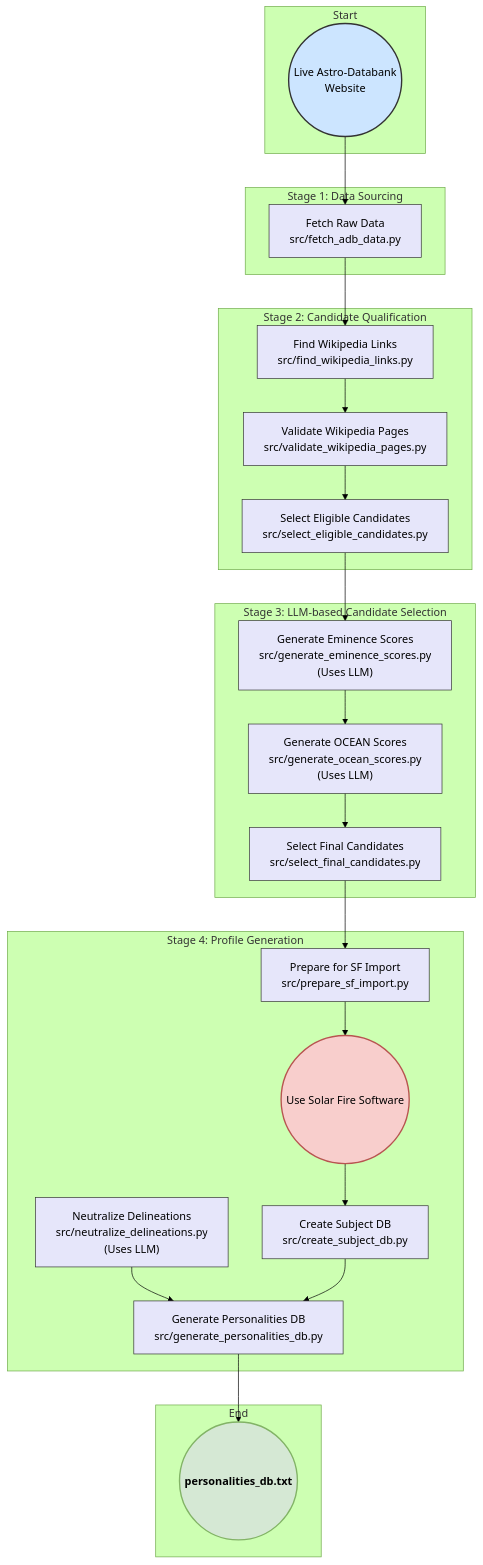
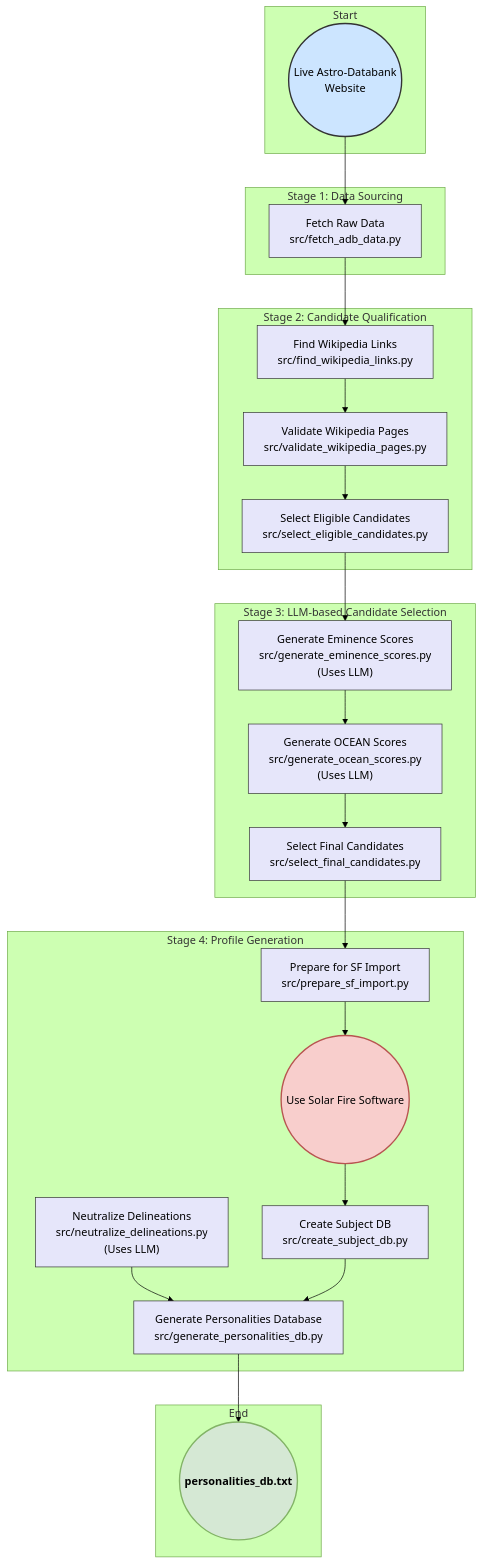
The diagram in docs/diagrams/flow_prep_pipeline.mmd (peterjmarko/llm-narrative-framework), drawn with Mermaid (forest theme) before and after one commit. The commit also changed 17 other files, not shown here.

```diff
--- a/docs/diagrams/flow_prep_pipeline.mmd
+++ b/docs/diagrams/flow_prep_pipeline.mmd
@@ -1,50 +1,50 @@
 graph TD
     classDef manualStyle fill:#f8cecc,stroke:#b85450,stroke-width:2px
     classDef sourceStyle fill:#cce5ff,stroke:#333,stroke-width:2px
     classDef finalProductStyle fill:#d5e8d4,stroke:#82b366,stroke-width:2px,font-weight:bold
     classDef scriptStyle fill:#e6e6fa,stroke:#333,stroke-width:1px
 
     subgraph "Start"
         StartDB(("Live Astro-Databank<br/>Website"))
     end
 
     subgraph "Stage 1: Data Sourcing"
         A["Fetch Raw Data<br>src/fetch_adb_data.py"]
     end
 
     subgraph "Stage 2: Candidate Qualification"
         B["Find Wikipedia Links<br>src/find_wikipedia_links.py"]
         B2["Validate Wikipedia Pages<br>src/validate_wikipedia_pages.py"]
         C["Select Eligible Candidates<br>src/select_eligible_candidates.py"]
     end
 
     subgraph "Stage 3: LLM-based Candidate Selection"
         D["Generate Eminence Scores<br>src/generate_eminence_scores.py<br>(Uses LLM)"]
         E["Generate OCEAN Scores<br>src/generate_ocean_scores.py<br>(Uses LLM)"]
         F["Select Final Candidates<br>src/select_final_candidates.py"]
     end
 
     subgraph "Stage 4: Profile Generation"
         G["Prepare for SF Import<br>src/prepare_sf_import.py"]
         H((Use Solar Fire Software))
         I["Neutralize Delineations<br>src/neutralize_delineations.py<br>(Uses LLM)"]
         J["Create Subject DB<br>src/create_subject_db.py"]
-        K["Generate Personalities DB<br>src/generate_personalities_db.py"]
+        K["Generate Personalities Database<br>src/generate_personalities_db.py"]
     end
     
     subgraph "End"
         FinalDB(("personalities_db.txt"))
     end
 
     %% --- Main Workflow Connections ---
     StartDB --> A --> B --> B2 --> C --> D --> E --> F --> G --> H
     H --> J
     I --> K
     J --> K
     K --> FinalDB
 
     %% --- Styling ---
     class A,B,B2,C,D,E,F,G,I,J,K scriptStyle
     class H manualStyle
     class StartDB sourceStyle
     class FinalDB finalProductStyle
```
